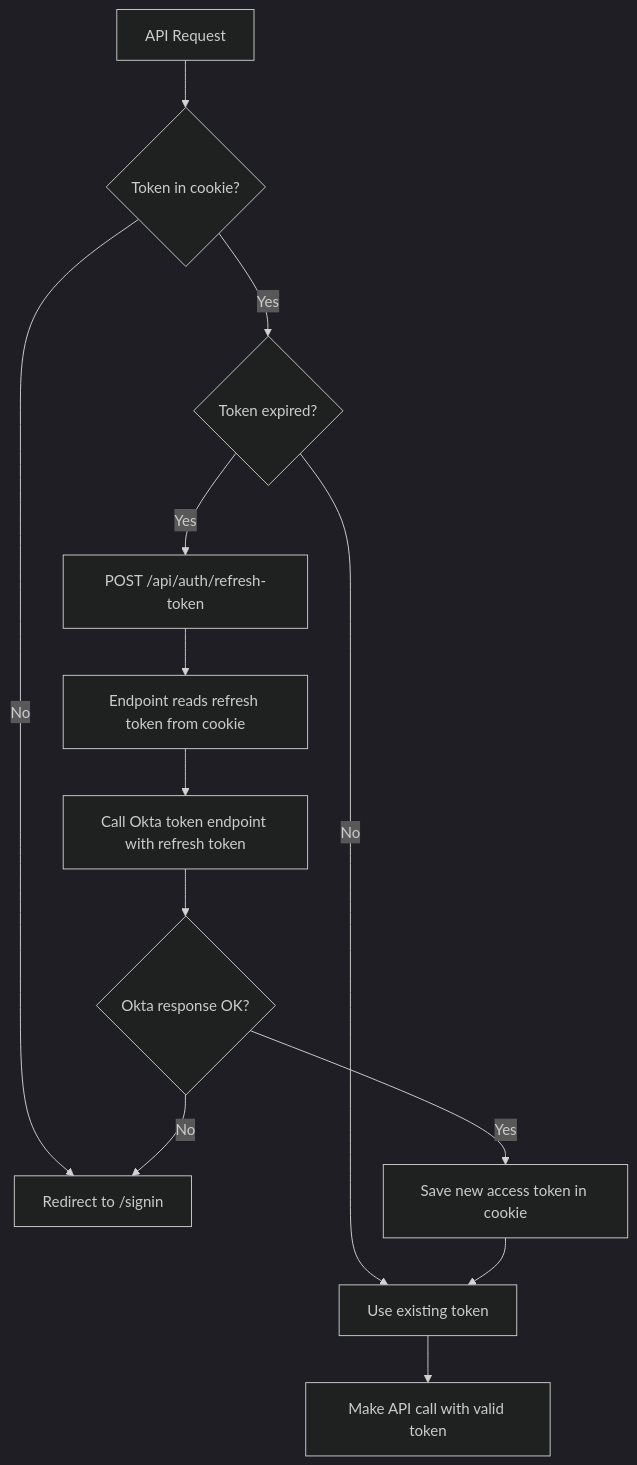
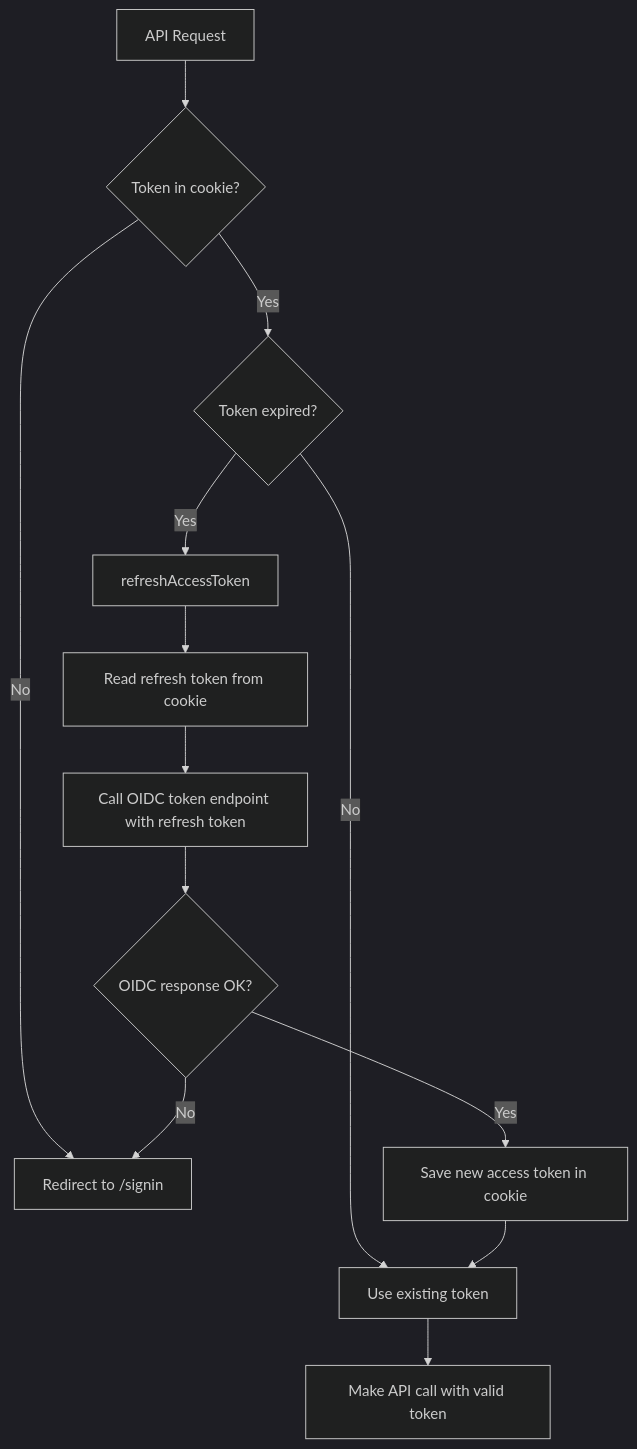
Before and after one commit to stacklok/toolhive-cloud-ui: the second of 2 diagrams in src/lib/auth/README.md, drawn with Mermaid (dark theme). The commit also changed other lines of this file and 1 other file, not shown here.

Commit message:
refactor(auth): remove unused refresh-token API route
- Delete /api/auth/refresh-token endpoint (never called by any code)
- Token refresh happens server-side via refreshAccessToken()
- Update README to reflect direct OIDC provider calls

````diff
--- a/src/lib/auth/README.md
+++ b/src/lib/auth/README.md
@@ -42,15 +42,15 @@
 ```mermaid
 flowchart TD
     A[API Request] --> B{Token in cookie?}
     B -->|No| C[Redirect to /signin]
     B -->|Yes| D{Token expired?}
     D -->|No| E[Use existing token]
-    D -->|Yes| F[POST /api/auth/refresh-token]
-    F --> G[Endpoint reads refresh token from cookie]
-    G --> H[Call Okta token endpoint with refresh token]
-    H --> I{Okta response OK?}
+    D -->|Yes| F[refreshAccessToken]
+    F --> G[Read refresh token from cookie]
+    G --> H[Call OIDC token endpoint with refresh token]
+    H --> I{OIDC response OK?}
     I -->|Yes| J[Save new access token in cookie]
     I -->|No| C
     J --> E
     E --> K[Make API call with valid token]
 ```
````
